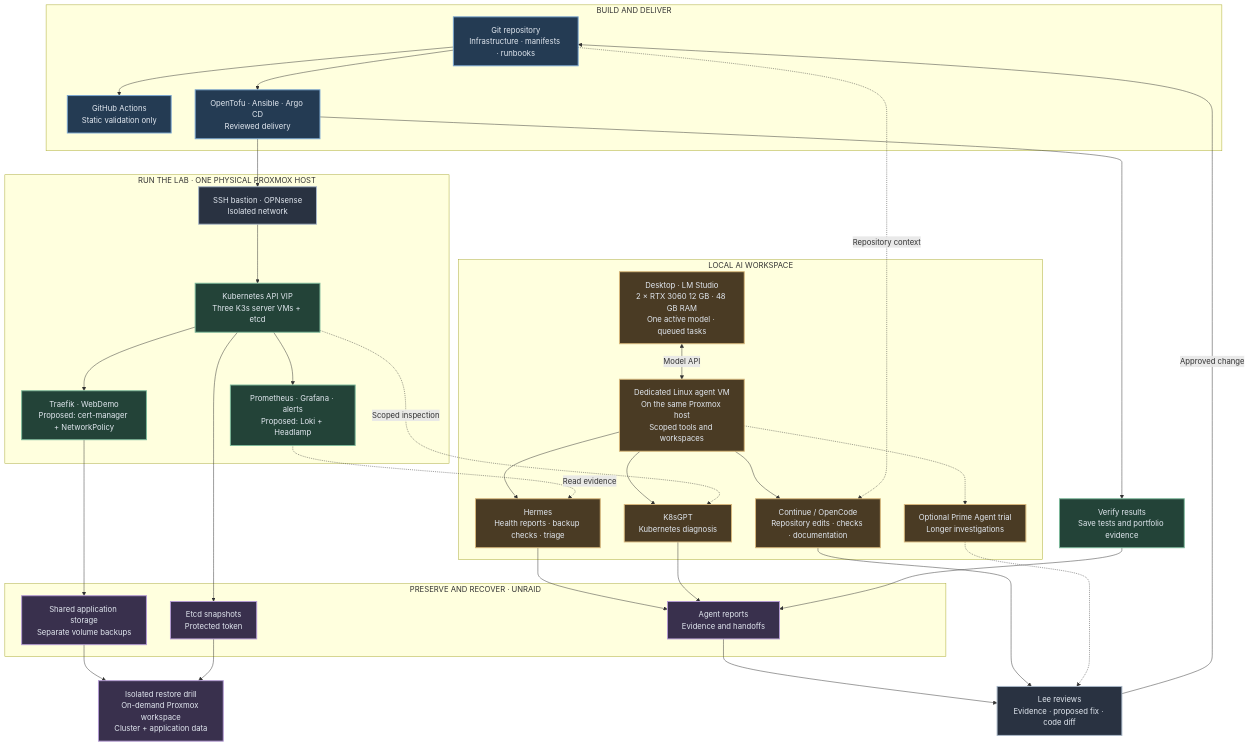
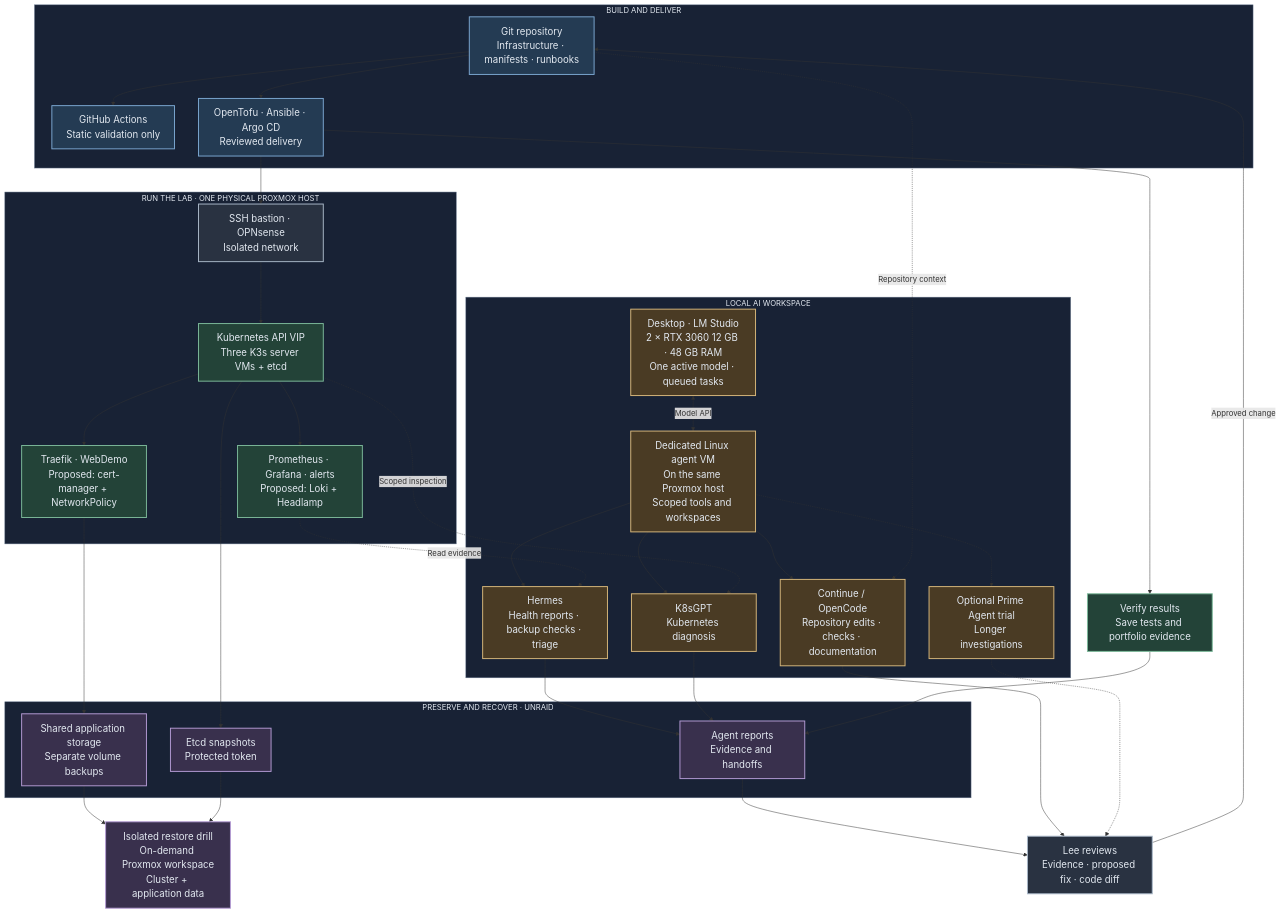
One commit to Capasiter/homelab-portfolio changed the third of 3 diagrams in README.md. Above: the diagram before and after it, drawn with Mermaid. The commit also changed other lines of this file, not shown here.

First line of the commit message:
Keep architecture and supporting details always visible (#51)

````diff
--- a/README.md
+++ b/README.md
@@ -249,66 +251,70 @@
 ```mermaid
 flowchart TB
     subgraph Build["BUILD AND DELIVER"]
         Git["Git repository<br/>Infrastructure · manifests · runbooks"]
         CI["GitHub Actions<br/>Static validation only"]
         Deploy["OpenTofu · Ansible · Argo CD<br/>Reviewed delivery"]
         Git --> CI
         Git --> Deploy
     end
     subgraph Lab["RUN THE LAB · ONE PHYSICAL PROXMOX HOST"]
         Network["SSH bastion · OPNsense<br/>Isolated network"]
         K3s["Kubernetes API VIP<br/>Three K3s server VMs + etcd"]
         Apps["Traefik · WebDemo<br/>Proposed: cert-manager + NetworkPolicy"]
         Observe["Prometheus · Grafana · alerts<br/>Proposed: Loki + Headlamp"]
         Network --> K3s
         K3s --> Apps
         K3s --> Observe
     end
     subgraph AI["LOCAL AI WORKSPACE"]
         Desktop["Desktop · LM Studio<br/>2 × RTX 3060 12 GB · 48 GB RAM<br/>One active model · queued tasks"]
         VM["Dedicated Linux agent VM<br/>On the same Proxmox host<br/>Scoped tools and workspaces"]
         Ops["Hermes<br/>Health reports · backup checks · triage"]
         Code["Continue / OpenCode<br/>Repository edits · checks · documentation"]
         Diagnose["K8sGPT<br/>Kubernetes diagnosis"]
         Prime["Optional Prime Agent trial<br/>Longer investigations"]
         Desktop <-->|Model API| VM
         VM --> Ops
         VM --> Code
         VM --> Diagnose
         VM -.-> Prime
     end
     subgraph Recovery["PRESERVE AND RECOVER · UNRAID"]
         Data["Shared application storage<br/>Separate volume backups"]
         Snapshots["Etcd snapshots<br/>Protected token"]
         Records["Agent reports<br/>Evidence and handoffs"]
     end
     Restore["Isolated restore drill<br/>On-demand Proxmox workspace<br/>Cluster + application data"]
     Review["Lee reviews<br/>Evidence · proposed fix · code diff"]
     Verify["Verify results<br/>Save tests and portfolio evidence"]
     Deploy --> Network
     Observe -.->|Read evidence| Ops
     K3s -.->|Scoped inspection| Diagnose
     Git -.->|Repository context| Code
     Apps --> Data
     K3s --> Snapshots
     Data --> Restore
     Snapshots --> Restore
     Ops --> Records
     Diagnose --> Records
     Records --> Review
     Code --> Review
     Prime -.-> Review
     Review -->|Approved change| Git
     Deploy --> Verify
     Verify --> Records
-    classDef blue fill:#243b53,stroke:#7ba7d1,color:#e2e8f0,stroke-width:2px
-    classDef green fill:#234338,stroke:#7cb99a,color:#e2e8f0,stroke-width:2px
-    classDef purple fill:#39304d,stroke:#b49bd4,color:#e2e8f0,stroke-width:2px
-    classDef gray fill:#293241,stroke:#a9b8c8,color:#e2e8f0,stroke-width:2px
-    classDef amber fill:#4a3b24,stroke:#d7b77b,color:#e2e8f0,stroke-width:2px
+    classDef blue fill:#243b53,stroke:#7ba7d1,color:#e2e8f0,stroke-width:2px,font-size:20px
+    classDef green fill:#234338,stroke:#7cb99a,color:#e2e8f0,stroke-width:2px,font-size:20px
+    classDef purple fill:#39304d,stroke:#b49bd4,color:#e2e8f0,stroke-width:2px,font-size:20px
+    classDef gray fill:#293241,stroke:#a9b8c8,color:#e2e8f0,stroke-width:2px,font-size:20px
+    classDef amber fill:#4a3b24,stroke:#d7b77b,color:#e2e8f0,stroke-width:2px,font-size:20px
     class Git,CI,Deploy blue
     class K3s,Apps,Observe,Verify green
     class Data,Snapshots,Records,Restore purple
     class Network,Review gray
     class Desktop,VM,Ops,Code,Diagnose,Prime amber
+    style Build fill:#182235,stroke:#64748b,color:#e2e8f0
+    style Lab fill:#182235,stroke:#64748b,color:#e2e8f0
+    style AI fill:#182235,stroke:#64748b,color:#e2e8f0
+    style Recovery fill:#182235,stroke:#64748b,color:#e2e8f0
 ```
````
